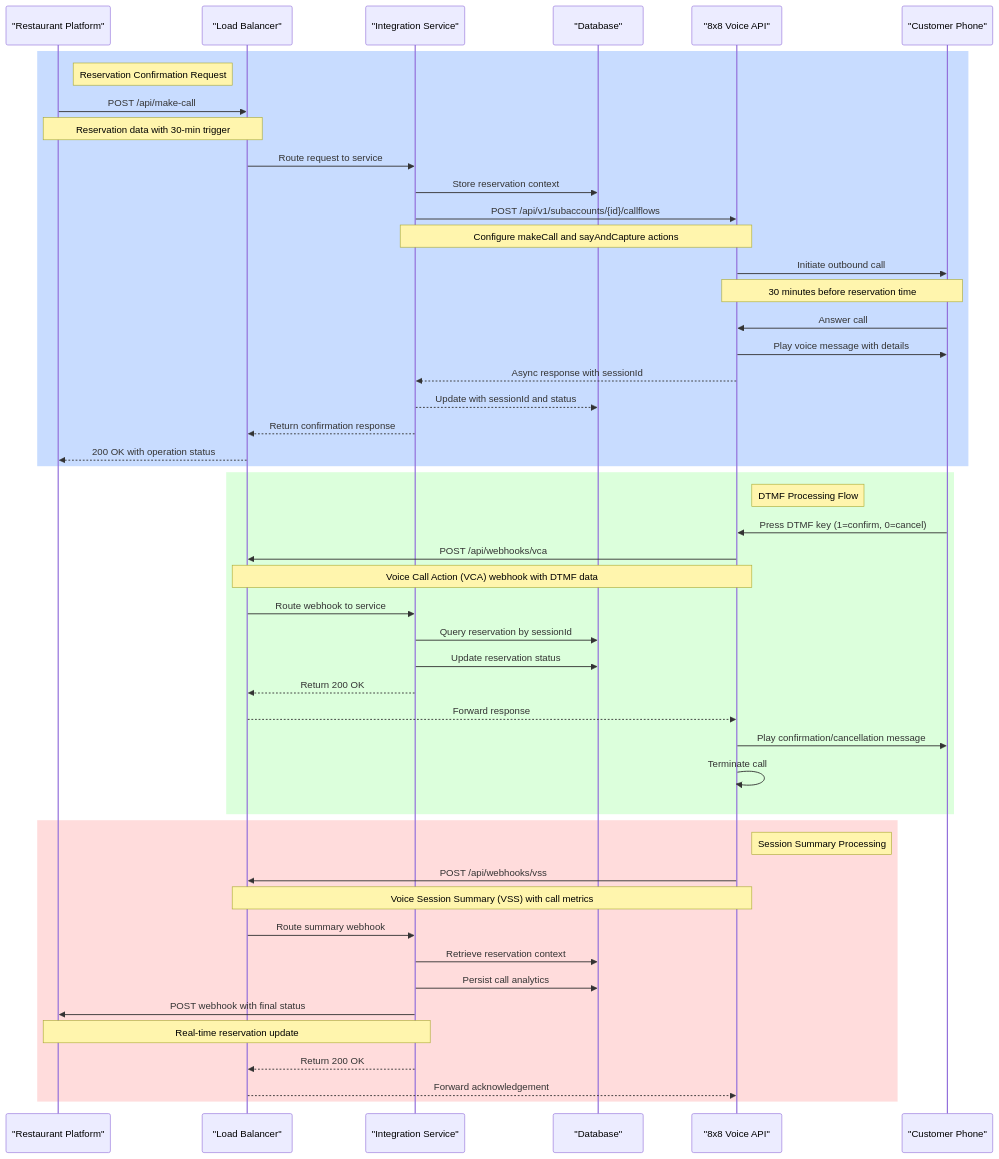
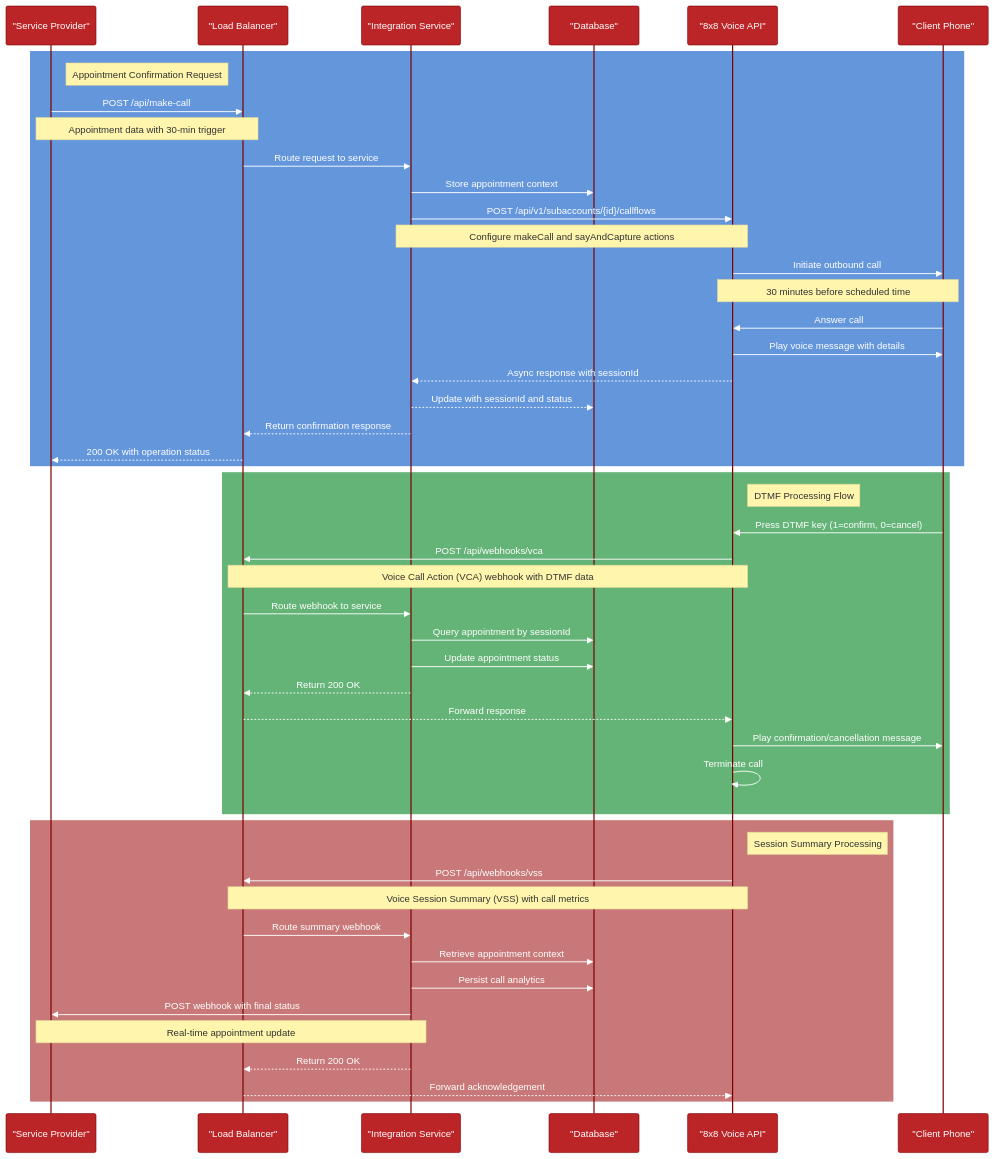
Before and after one commit to harrism04/voice_messaging: the diagram in flow_diagram_detailed.md, drawn with Mermaid. The commit also changed other lines of this file, not shown here.

````diff
--- a/flow_diagram_detailed.md
+++ b/flow_diagram_detailed.md
@@ -1,56 +1,69 @@
 ```mermaid
+%%{init: {
+  'theme': 'base', 
+  'themeVariables': {
+    'primaryColor': '#BB2528',
+    'primaryTextColor': '#fff',
+    'primaryBorderColor': '#7C0000',
+    'lineColor': '#F8B229',
+    'secondaryColor': '#006100',
+    'tertiaryColor': '#fff',
+    'textColor': '#fff',
+    'noteTextColor': '#333',
+    'noteBkgColor': '#fff5ad',
+    'edgeLabelBackground': 'rgba(0,0,0,0.5)',
+    'background': 'transparent'
+  }
+}}%%
 sequenceDiagram
-    participant ResPlatform as "Restaurant Platform"
+    participant Provider as "Service Provider"
     participant LB as "Load Balancer"
     participant APISvc as "Integration Service"
     participant DB as "Database"
     participant Voice8x8 as "8x8 Voice API"
-    participant Customer as "Customer Phone"
-
-    rect rgb(200, 220, 255)
-        note right of ResPlatform: Reservation Confirmation Request
-        ResPlatform->>LB: POST /api/make-call
-        Note over ResPlatform,LB: Reservation data with 30-min trigger
+    participant Client as "Client Phone"
+    rect rgb(100, 150, 220)
+        note right of Provider: Appointment Confirmation Request
+        Provider->>LB: POST /api/make-call
+        Note over Provider,LB: Appointment data with 30-min trigger
         LB->>APISvc: Route request to service
-        APISvc->>DB: Store reservation context
+        APISvc->>DB: Store appointment context
         APISvc->>Voice8x8: POST /api/v1/subaccounts/{id}/callflows
         Note over APISvc,Voice8x8: Configure makeCall and sayAndCapture actions
         
-        Voice8x8->>Customer: Initiate outbound call
-        Note over Voice8x8,Customer: 30 minutes before reservation time
-        Customer->>Voice8x8: Answer call
-        Voice8x8->>Customer: Play voice message with details
+        Voice8x8->>Client: Initiate outbound call
+        Note over Voice8x8,Client: 30 minutes before scheduled time
+        Client->>Voice8x8: Answer call
+        Voice8x8->>Client: Play voice message with details
         
         Voice8x8-->>APISvc: Async response with sessionId
         APISvc-->>DB: Update with sessionId and status
         APISvc-->>LB: Return confirmation response
-        LB-->>ResPlatform: 200 OK with operation status
+        LB-->>Provider: 200 OK with operation status
     end
-
-    rect rgb(220, 255, 220)
+    rect rgb(100, 180, 120)
         note right of Voice8x8: DTMF Processing Flow
-        Customer->>Voice8x8: Press DTMF key (1=confirm, 0=cancel)
+        Client->>Voice8x8: Press DTMF key (1=confirm, 0=cancel)
         Voice8x8->>LB: POST /api/webhooks/vca
         Note over Voice8x8,LB: Voice Call Action (VCA) webhook with DTMF data
         LB->>APISvc: Route webhook to service
-        APISvc->>DB: Query reservation by sessionId
-        APISvc->>DB: Update reservation status
+        APISvc->>DB: Query appointment by sessionId
+        APISvc->>DB: Update appointment status
         APISvc-->>LB: Return 200 OK
         LB-->>Voice8x8: Forward response
-        Voice8x8->>Customer: Play confirmation/cancellation message
+        Voice8x8->>Client: Play confirmation/cancellation message
         Voice8x8->>Voice8x8: Terminate call
     end
-
-    rect rgb(255, 220, 220)
+    rect rgb(200, 120, 120)
         note right of Voice8x8: Session Summary Processing
         Voice8x8->>LB: POST /api/webhooks/vss
         Note over Voice8x8,LB: Voice Session Summary (VSS) with call metrics
         LB->>APISvc: Route summary webhook
-        APISvc->>DB: Retrieve reservation context
+        APISvc->>DB: Retrieve appointment context
         APISvc->>DB: Persist call analytics
-        APISvc->>ResPlatform: POST webhook with final status
-        Note over APISvc,ResPlatform: Real-time reservation update
+        APISvc->>Provider: POST webhook with final status
+        Note over APISvc,Provider: Real-time appointment update
         APISvc-->>LB: Return 200 OK
         LB-->>Voice8x8: Forward acknowledgement
     end
 ```
````
